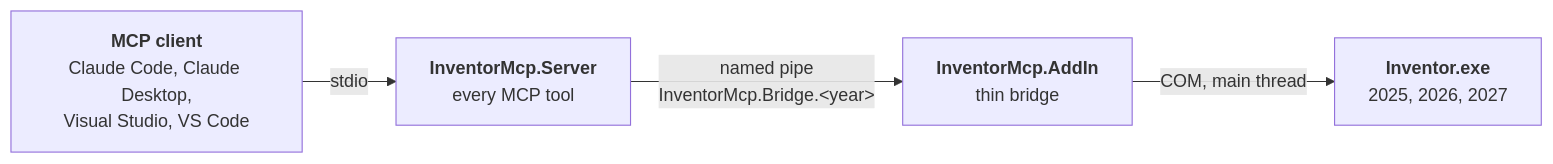
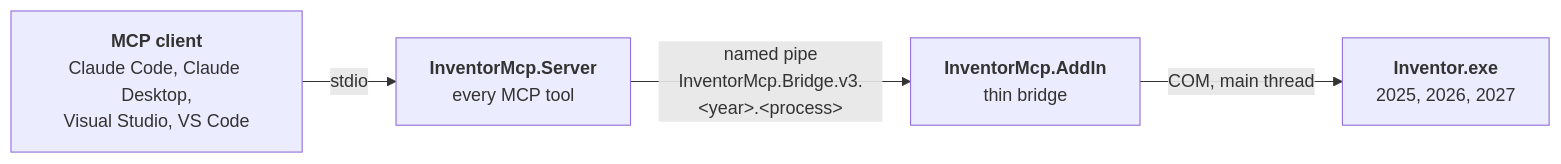
Before and after one commit to tylerwarner33/autodesk-inventor-mcp: the diagram in Docs/Architecture.md, drawn with Mermaid. The commit also changed other lines of this file and 24 other files, not shown here.

First line of the commit message:
Give each Inventor process its own bridge pipe (protocol version 3)

````diff
--- a/Docs/Architecture.md
+++ b/Docs/Architecture.md
@@ -8,11 +8,11 @@
 ```mermaid
 flowchart LR
     client["<b>MCP client</b><br/>Claude Code, Claude Desktop,<br/>Visual Studio, VS Code"]
     server["<b>InventorMcp.Server</b><br/>every MCP tool"]
     addin["<b>InventorMcp.AddIn</b><br/>thin bridge"]
     inventor["<b>Inventor.exe</b><br/>2025, 2026, 2027"]
 
     client -- stdio --> server
-    server -- "named pipe<br/>InventorMcp.Bridge.#lt;year#gt;" --> addin
+    server -- "named pipe<br/>InventorMcp.Bridge.v3.#lt;year#gt;.#lt;process#gt;" --> addin
     addin -- "COM, main thread" --> inventor
 ```
````
